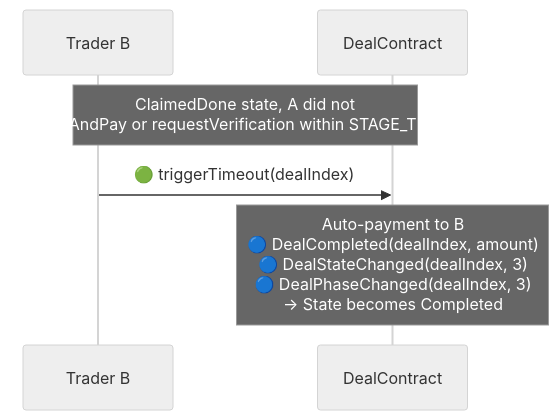
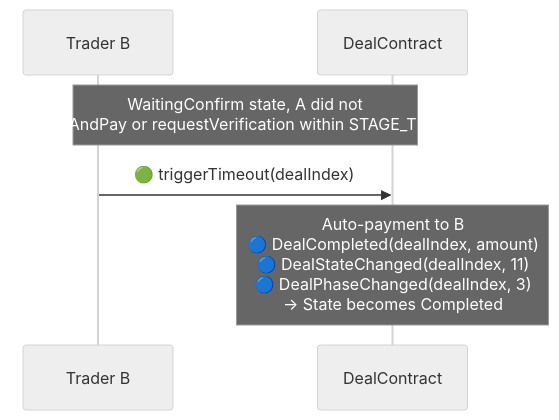
Before and after one commit to synctxai/synctx: the fifth of 9 diagrams in examples/x-quote/x-quote-design.md, drawn with Mermaid (neutral theme). The commit also changed other lines of this file and 4 other files, not shown here.

````diff
--- a/examples/x-quote/x-quote-design.md
+++ b/examples/x-quote/x-quote-design.md
@@ -342,9 +373,9 @@
 ```mermaid
 sequenceDiagram
     participant B as Trader B
     participant D as DealContract
 
-    Note over B,D: ClaimedDone state, A did not<br/>confirmAndPay or requestVerification within STAGE_TIMEOUT
+    Note over B,D: WaitingConfirm state, A did not<br/>confirmAndPay or requestVerification within STAGE_TIMEOUT
     B->>D: 🟢 triggerTimeout(dealIndex)
-    Note over D: Auto-payment to B<br/>🔵 DealCompleted(dealIndex, amount)<br/>🔵 DealStateChanged(dealIndex, 3)<br/>🔵 DealPhaseChanged(dealIndex, 3)<br/>→ State becomes Completed
+    Note over D: Auto-payment to B<br/>🔵 DealCompleted(dealIndex, amount)<br/>🔵 DealStateChanged(dealIndex, 11)<br/>🔵 DealPhaseChanged(dealIndex, 3)<br/>→ State becomes Completed
 ```
````
